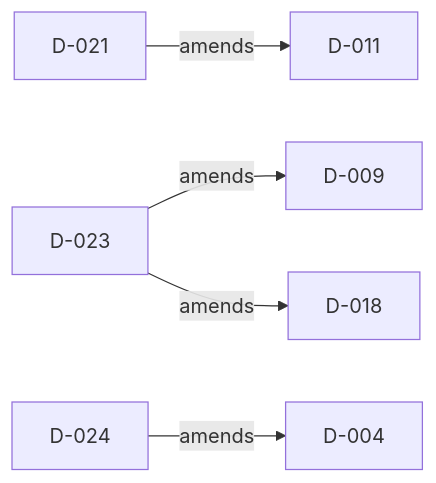
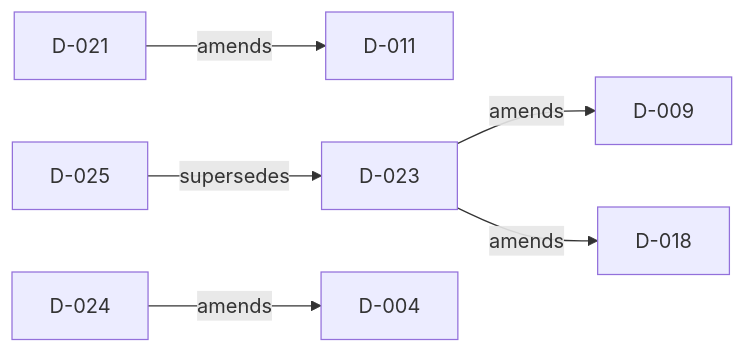
The diagram in docs/decisions/README.md (doka-labs/Doka.EntityFrameworkCore.MySql), drawn with Mermaid before and after one commit. The commit also changed other lines of this file and 27 other files, not shown here.

````diff
--- a/docs/decisions/README.md
+++ b/docs/decisions/README.md
@@ -37,7 +38,8 @@
 ```mermaid
 flowchart LR
   D_021["D-021"] -->|"amends"| D_011["D-011"]
   D_023["D-023"] -->|"amends"| D_009["D-009"]
   D_023["D-023"] -->|"amends"| D_018["D-018"]
   D_024["D-024"] -->|"amends"| D_004["D-004"]
+  D_025["D-025"] -->|"supersedes"| D_023["D-023"]
 ```
````
